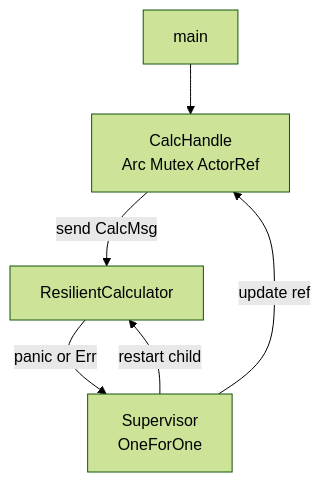
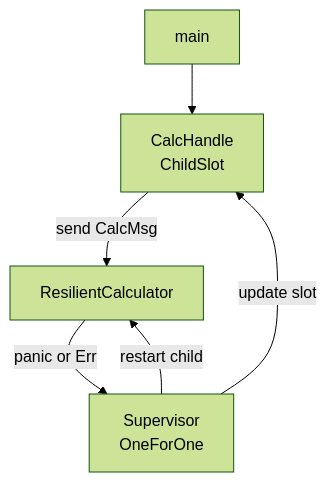
One commit to akashsoni01/lane_switchboards changed the first of 2 diagrams in examples/resilient_calculator.md. Above: the diagram before and after it, drawn with Mermaid (forest theme). The commit also changed other lines of this file and 5 other files, not shown here.

````diff
--- a/examples/resilient_calculator.md
+++ b/examples/resilient_calculator.md
@@ -29,13 +29,13 @@
 ```mermaid
 flowchart TB
     Main["main"]
-    Handle["CalcHandle<br/>Arc Mutex ActorRef"]
+    Handle["CalcHandle<br/>ChildSlot"]
     Sup["Supervisor<br/>OneForOne"]
     Calc["ResilientCalculator"]
 
     Main --> Handle
     Handle -->|"send CalcMsg"| Calc
     Calc -->|"panic or Err"| Sup
     Sup -->|"restart child"| Calc
-    Sup -->|"update ref"| Handle
+    Sup -->|"update slot"| Handle
 ```
````
